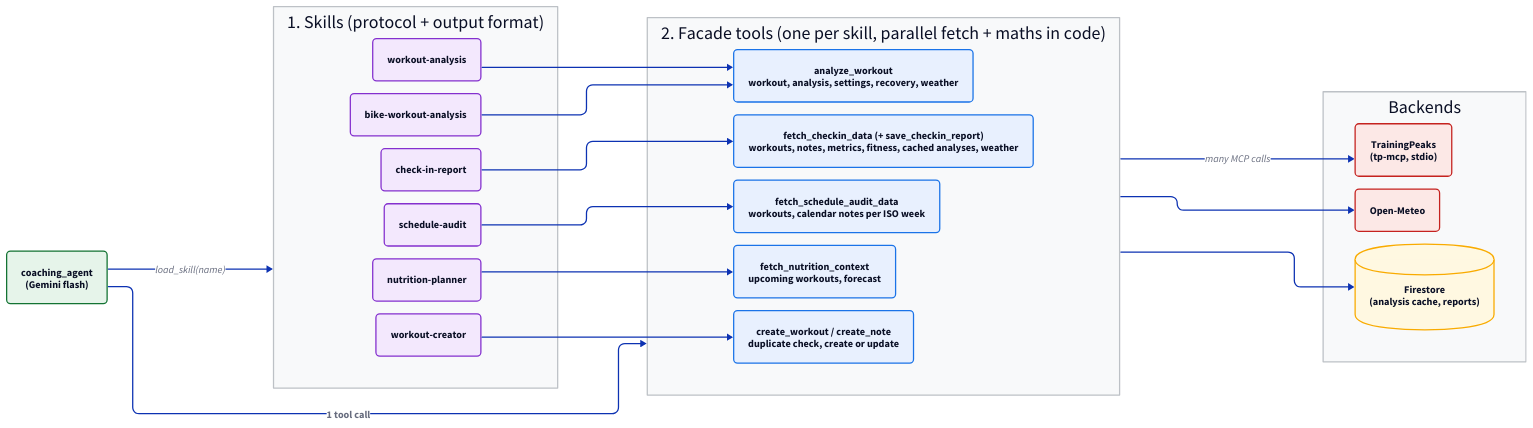
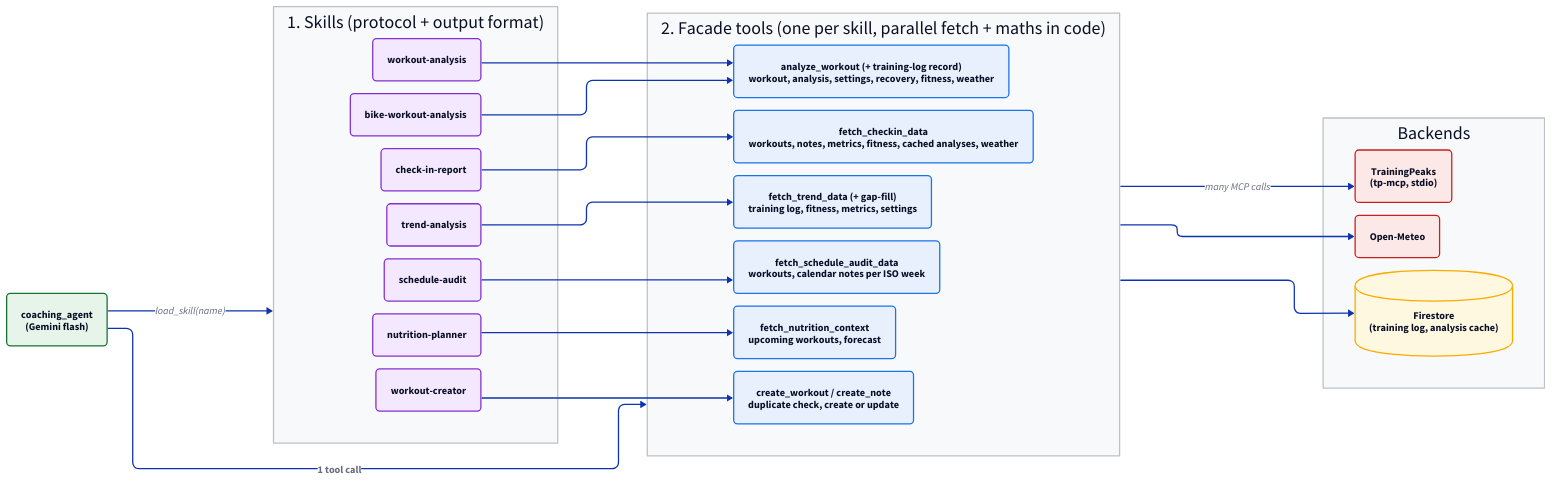
One commit to cy-visser/runningagent changed the diagram in docs/diagrams/03_skill_facades.d2. Above: the diagram before and after it, drawn with D2. The commit also changed 116 other files, not shown here.

```diff
--- a/docs/diagrams/03_skill_facades.d2
+++ b/docs/diagrams/03_skill_facades.d2
@@ -1,60 +1,63 @@
 direction: right
 
 vars: {
   d2-config: {
     layout-engine: elk
   }
 }
 
 classes: {
   skill: {style.fill: "#f3e8fd"; style.stroke: "#8430ce"; style.border-radius: 6}
   facade: {style.fill: "#e8f0fe"; style.stroke: "#1a73e8"; style.border-radius: 6}
   ext: {style.fill: "#fce8e6"; style.stroke: "#c5221f"; style.border-radius: 6}
   data: {shape: cylinder; style.fill: "#fff8e1"; style.stroke: "#f9ab00"}
   ai: {style.fill: "#e6f4ea"; style.stroke: "#137333"; style.border-radius: 6; style.bold: true}
 }
 
 coach: "coaching_agent\n(Gemini flash)" {class: ai}
 
 skills: "1. Skills (protocol + output format)" {
   style.fill: "#f8f9fa"
   style.stroke: "#bdc1c6"
   wa: "workout-analysis" {class: skill}
   bwa: "bike-workout-analysis" {class: skill}
   ci: "check-in-report" {class: skill}
+  ta: "trend-analysis" {class: skill}
   sa: "schedule-audit" {class: skill}
   np: "nutrition-planner" {class: skill}
   wc: "workout-creator" {class: skill}
 }
 
 facades: "2. Facade tools (one per skill, parallel fetch + maths in code)" {
   style.fill: "#f8f9fa"
   style.stroke: "#bdc1c6"
-  analyze: "analyze_workout\nworkout, analysis, settings, recovery, weather" {class: facade}
-  checkin: "fetch_checkin_data (+ save_checkin_report)\nworkouts, notes, metrics, fitness, cached analyses, weather" {class: facade}
+  analyze: "analyze_workout (+ training-log record)\nworkout, analysis, settings, recovery, fitness, weather" {class: facade}
+  checkin: "fetch_checkin_data\nworkouts, notes, metrics, fitness, cached analyses, weather" {class: facade}
+  trend: "fetch_trend_data (+ gap-fill)\ntraining log, fitness, metrics, settings" {class: facade}
   audit: "fetch_schedule_audit_data\nworkouts, calendar notes per ISO week" {class: facade}
   nutrition: "fetch_nutrition_context\nupcoming workouts, forecast" {class: facade}
   create: "create_workout / create_note\nduplicate check, create or update" {class: facade}
 }
 
 backends: "Backends" {
   style.fill: "#f8f9fa"
   style.stroke: "#bdc1c6"
   tp: "TrainingPeaks\n(tp-mcp, stdio)" {class: ext}
   meteo: "Open-Meteo" {class: ext}
-  fs: "Firestore\n(analysis cache, reports)" {class: data}
+  fs: "Firestore\n(training log, analysis cache)" {class: data}
 }
 
 coach -> skills: "load_skill(name)"
 coach -> facades: "1 tool call" {style.bold: true}
 
 skills.wa -> facades.analyze
 skills.bwa -> facades.analyze
 skills.ci -> facades.checkin
+skills.ta -> facades.trend
 skills.sa -> facades.audit
 skills.np -> facades.nutrition
 skills.wc -> facades.create
 
 facades -> backends.tp: "many MCP calls"
 facades -> backends.meteo
 facades -> backends.fs
```
